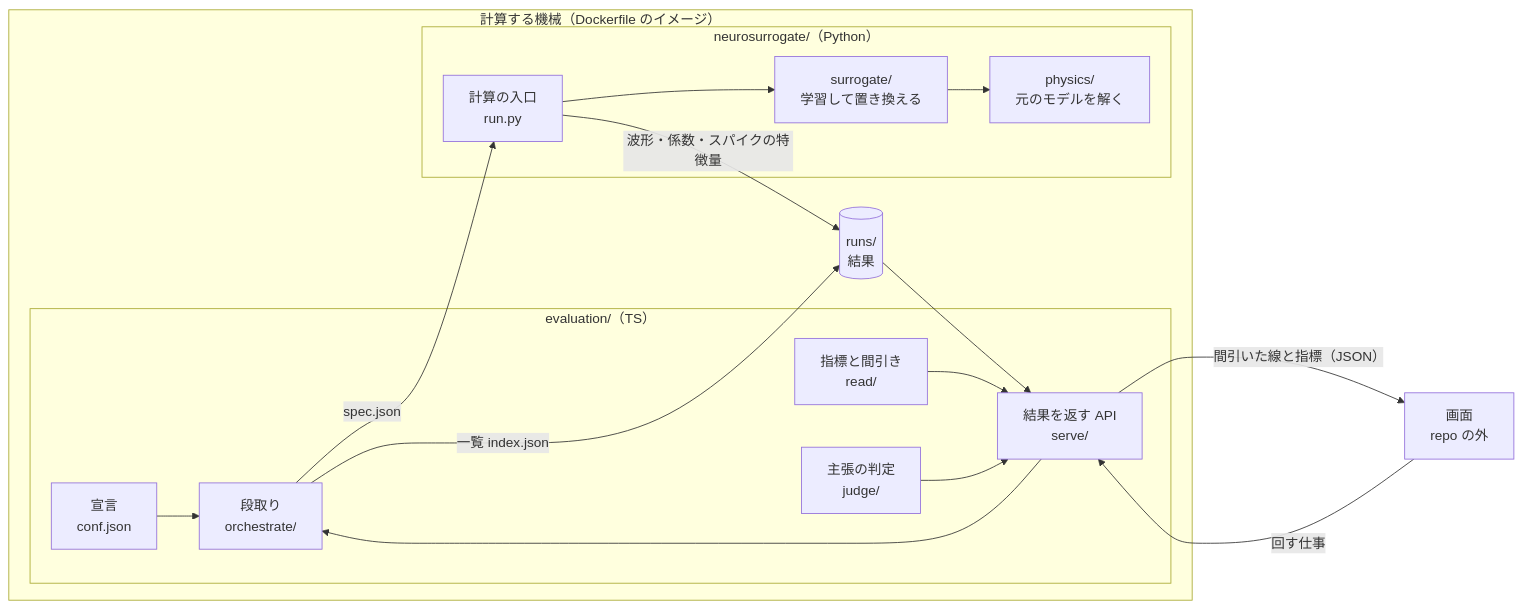
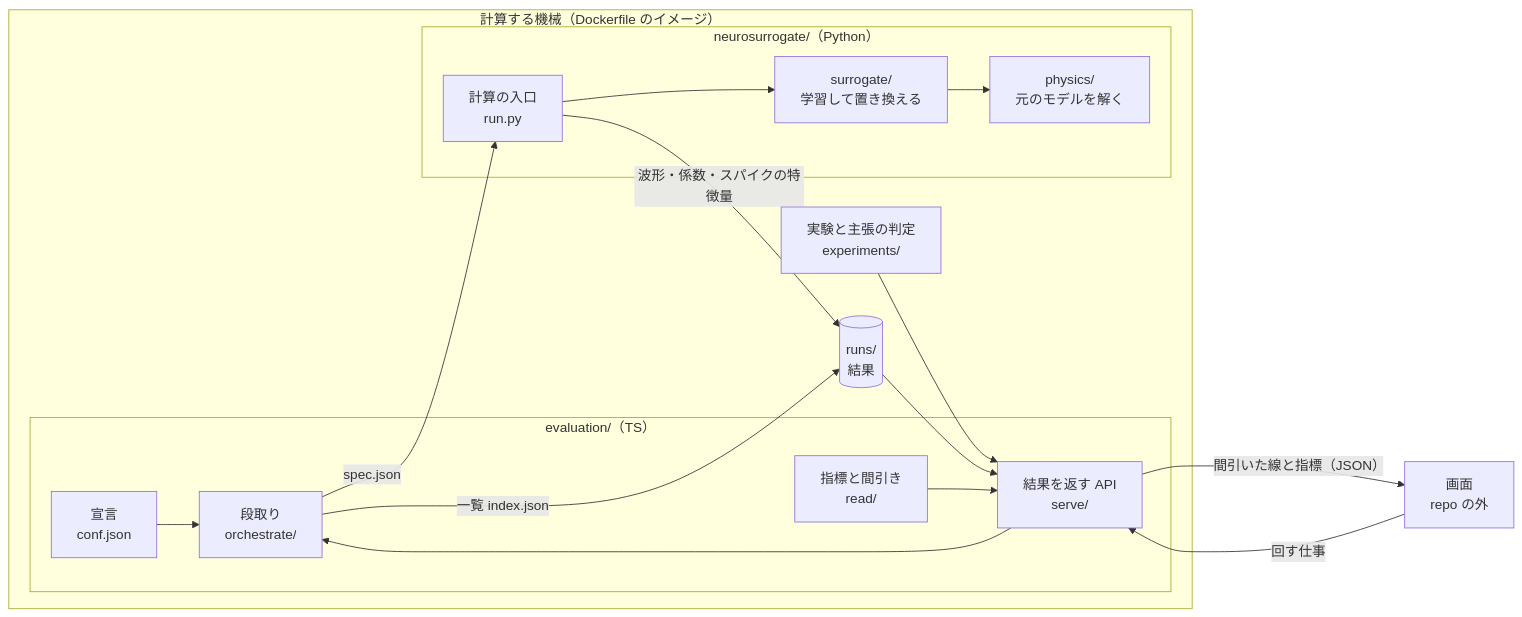
Before and after one commit to MunechikaHaruki/SINDyNeuroSurrogate: the first of 3 diagrams in README.md, drawn with Mermaid. The commit also changed 18 other files, not shown here.

````diff
--- a/README.md
+++ b/README.md
@@ -11,31 +11,31 @@
 ```mermaid
 flowchart LR
   subgraph machine["計算する機械（Dockerfile のイメージ）"]
     subgraph ts["evaluation/（TS）"]
       conf["宣言<br/>conf.json"]
       orch["段取り<br/>orchestrate/"]
       serve["結果を返す API<br/>serve/"]
       read["指標と間引き<br/>read/"]
-      judge["主張の判定<br/>judge/"]
     end
+    exp["実験と主張の判定<br/>experiments/"]
     subgraph py["neurosurrogate/（Python）"]
       entry["計算の入口<br/>run.py"]
       surr["surrogate/<br/>学習して置き換える"]
       phys["physics/<br/>元のモデルを解く"]
     end
     runs[("runs/<br/>結果")]
   end
   view["画面<br/>repo の外"]
   conf --> orch
   orch -- "spec.json" --> entry
   entry --> surr
   surr --> phys
   entry -- "波形・係数・スパイクの特徴量" --> runs
   orch -- "一覧 index.json" --> runs
   runs --> serve
   read --> serve
-  judge --> serve
+  exp --> serve
   serve -- "間引いた線と指標（JSON）" --> view
   view -- "回す仕事" --> serve
   serve --> orch
 ```
````
